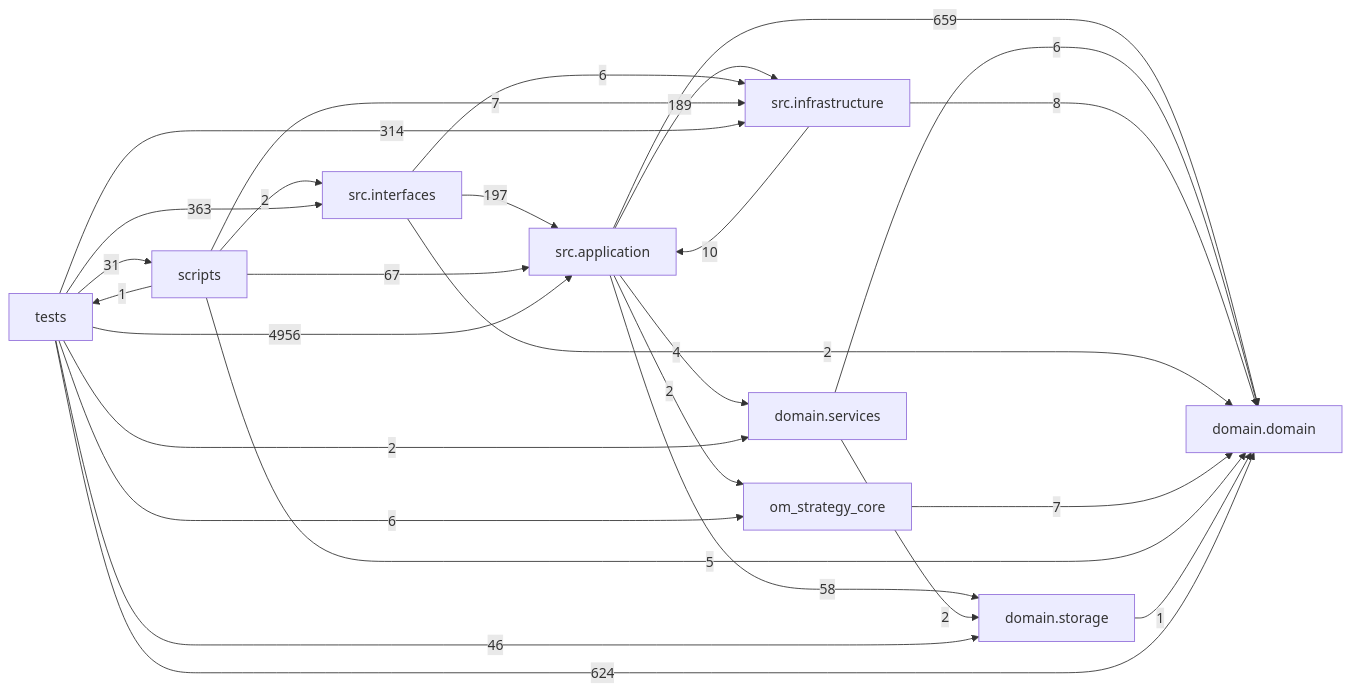
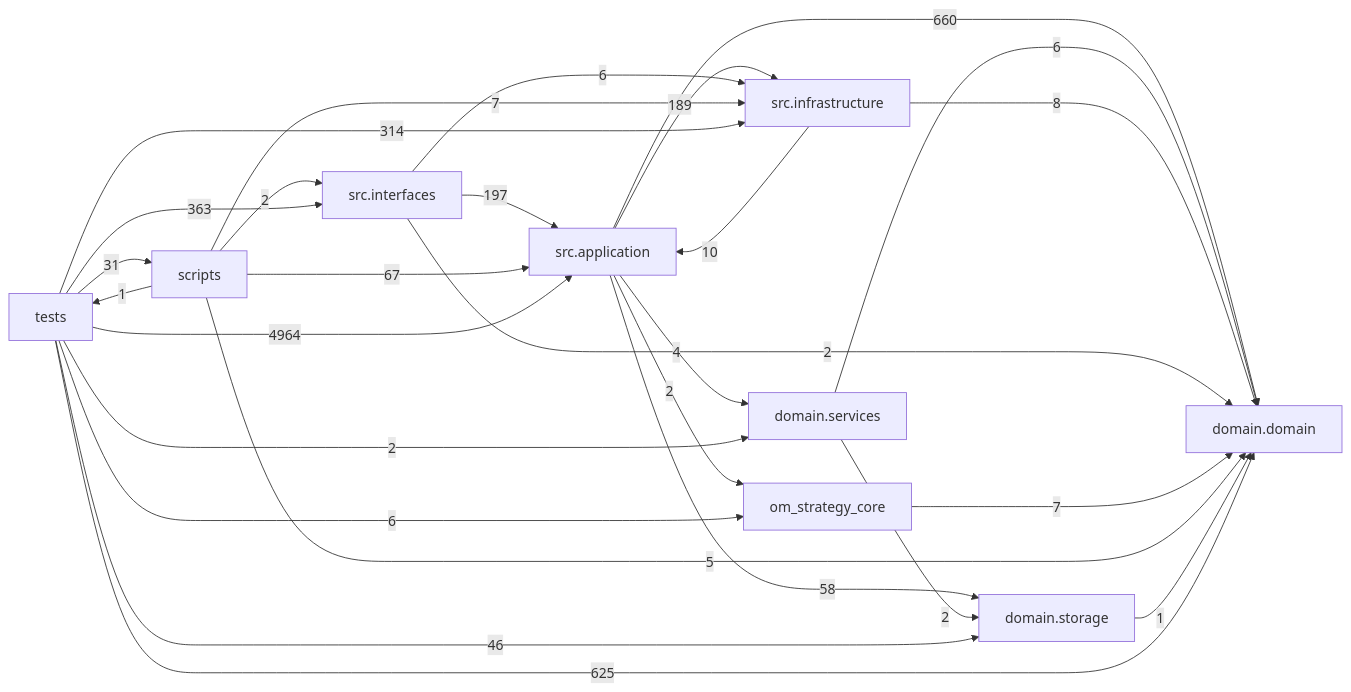
The diagram in docs/DEPENDENCY_GRAPH.md (liuxie066/options-monitor), drawn with Mermaid before and after one commit. The commit also changed other lines of this file and 10 other files, not shown here.

````diff
--- a/docs/DEPENDENCY_GRAPH.md
+++ b/docs/DEPENDENCY_GRAPH.md
@@ -24,38 +24,38 @@
 ```mermaid
 flowchart LR
   tests["tests"]
   scripts["scripts"]
   interfaces["src.interfaces"]
   application["src.application"]
   infrastructure["src.infrastructure"]
   domain_services["domain.services"]
   domain["domain.domain"]
   storage["domain.storage"]
-  application -->|659| domain
+  application -->|660| domain
   application -->|4| domain_services
   application -->|189| infrastructure
   application -->|2| om_strategy_core
   application -->|58| storage
   domain_services -->|6| domain
   domain_services -->|2| storage
   infrastructure -->|10| application
   infrastructure -->|8| domain
   interfaces -->|197| application
   interfaces -->|2| domain
   interfaces -->|6| infrastructure
   om_strategy_core -->|7| domain
   scripts -->|67| application
   scripts -->|5| domain
   scripts -->|7| infrastructure
   scripts -->|2| interfaces
   scripts -->|1| tests
   storage -->|1| domain
-  tests -->|4956| application
-  tests -->|624| domain
+  tests -->|4964| application
+  tests -->|625| domain
   tests -->|2| domain_services
   tests -->|314| infrastructure
   tests -->|363| interfaces
   tests -->|6| om_strategy_core
   tests -->|31| scripts
   tests -->|46| storage
 ```
````
